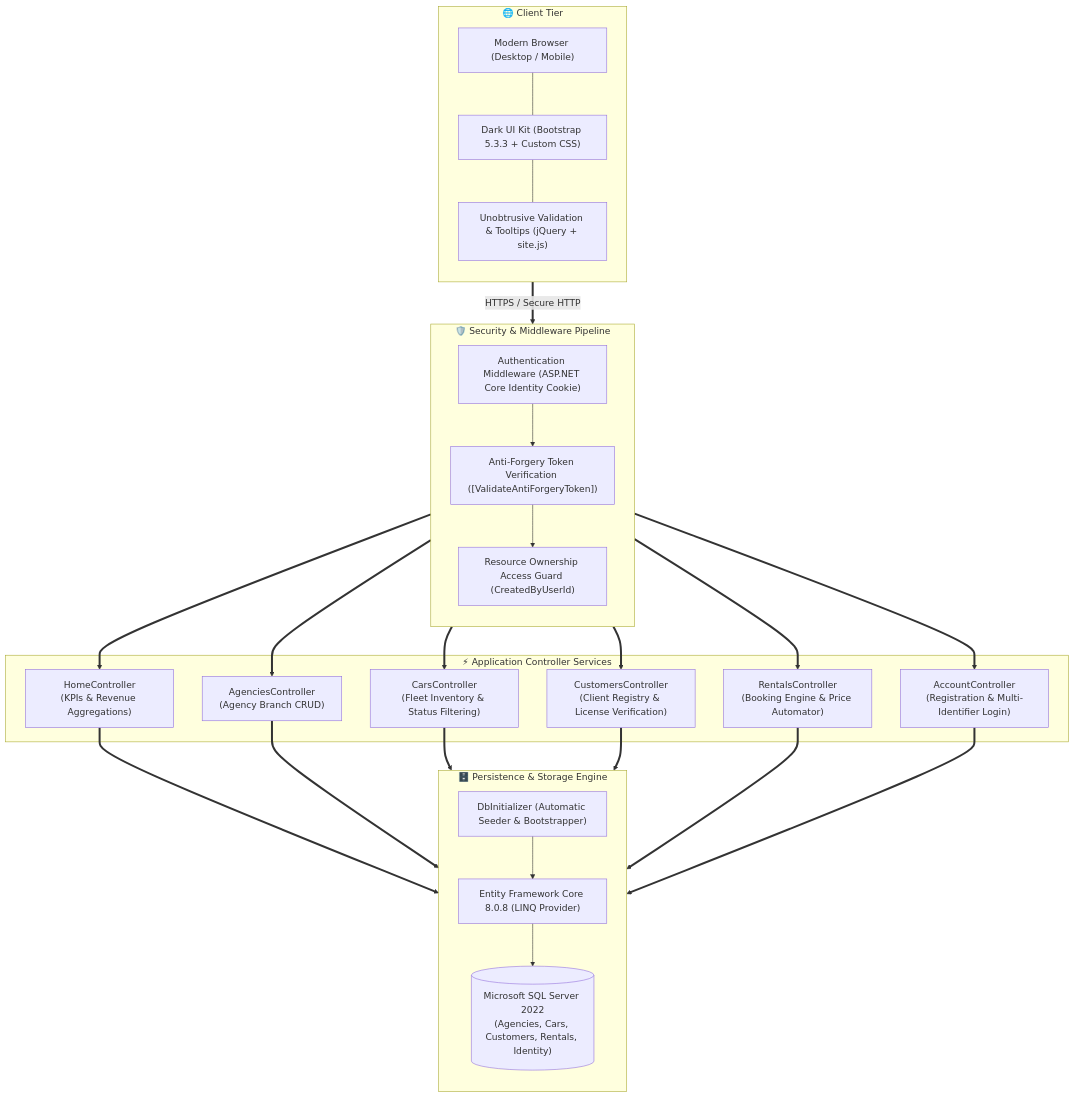
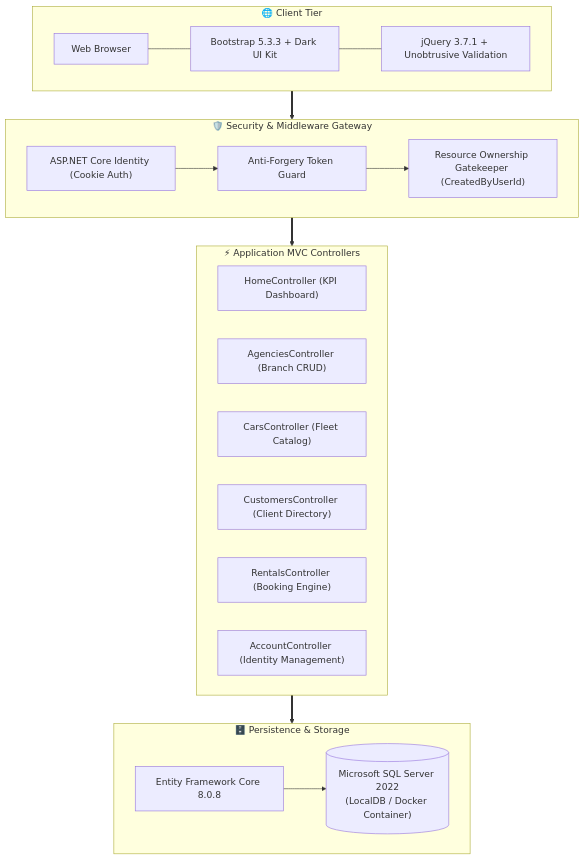
Before and after one commit to Mohamed-Abdelaty/Car-Agencies-Rental: the second of 5 diagrams in README.md, drawn with Mermaid. The commit also changed other lines of this file, not shown here.

Commit message:
docs: add modern visual README with GitHub diagrams

````diff
--- a/README.md
+++ b/README.md
@@ -126,39 +108,35 @@
 ```mermaid
 flowchart TD
-    subgraph ClientZone[" 🌐 Client Tier "]
-        direction TB
-        BROWSER["Modern Browser (Desktop / Mobile)"]
-        UI["Dark UI Kit (Bootstrap 5.3.3 + Custom CSS)"]
-        JS["Unobtrusive Validation & Tooltips (jQuery + site.js)"]
+    subgraph ClientTier[" 🌐 Client Tier "]
+        UI["Bootstrap 5.3.3 + Dark UI Kit"]
+        JS["jQuery 3.7.1 + Unobtrusive Validation"]
+        BROWSER["Web Browser"]
         BROWSER --- UI --- JS
     end
 
-    subgraph SecurityGateway[" 🛡️ Security & Middleware Pipeline "]
-        direction TB
-        AUTHN["Authentication Middleware (ASP.NET Core Identity Cookie)"]
-        CSRF["Anti-Forgery Token Verification ([ValidateAntiForgeryToken])"]
-        OWNER_GUARD["Resource Ownership Access Guard (CreatedByUserId)"]
-        AUTHN --> CSRF --> OWNER_GUARD
+    subgraph SecurityTier[" 🛡️ Security & Middleware Gateway "]
+        AUTH["ASP.NET Core Identity (Cookie Auth)"]
+        CSRF["Anti-Forgery Token Guard"]
+        OWNER["Resource Ownership Gatekeeper (CreatedByUserId)"]
+        AUTH --> CSRF --> OWNER
     end
 
-    subgraph AppControllers[" ⚡ Application Controller Services "]
-        HOME["HomeController\n(KPIs & Revenue Aggregations)"]
-        AGY["AgenciesController\n(Agency Branch CRUD)"]
-        CAR["CarsController\n(Fleet Inventory & Status Filtering)"]
-        CUST["CustomersController\n(Client Registry & License Verification)"]
-        RENT["RentalsController\n(Booking Engine & Price Automator)"]
-        ACC["AccountController\n(Registration & Multi-Identifier Login)"]
+    subgraph AppTier[" ⚡ Application MVC Controllers "]
+        HOME["HomeController (KPI Dashboard)"]
+        AGY["AgenciesController (Branch CRUD)"]
+        CAR["CarsController (Fleet Catalog)"]
+        CUST["CustomersController (Client Directory)"]
+        RENT["RentalsController (Booking Engine)"]
+        ACC["AccountController (Identity Management)"]
     end
 
-    subgraph DataTier[" 🗄️ Persistence & Storage Engine "]
-        direction TB
-        EF["Entity Framework Core 8.0.8 (LINQ Provider)"]
-        SEEDER["DbInitializer (Automatic Seeder & Bootstrapper)"]
-        DB[("Microsoft SQL Server 2022\n(Agencies, Cars, Customers, Rentals, Identity)")]
-        SEEDER --> EF --> DB
+    subgraph DataTier[" 🗄️ Persistence & Storage "]
+        EF["Entity Framework Core 8.0.8"]
+        DB[("Microsoft SQL Server 2022\n(LocalDB / Docker Container)")]
+        EF --> DB
     end
 
-    ClientZone ==>|HTTPS / Secure HTTP| SecurityGateway
-    SecurityGateway ==> HOME & AGY & CAR & CUST & RENT & ACC
-    HOME & AGY & CAR & CUST & RENT & ACC ==> EF
+    ClientTier ==> SecurityTier
+    SecurityTier ==> AppTier
+    AppTier ==> DataTier
 ```
````
